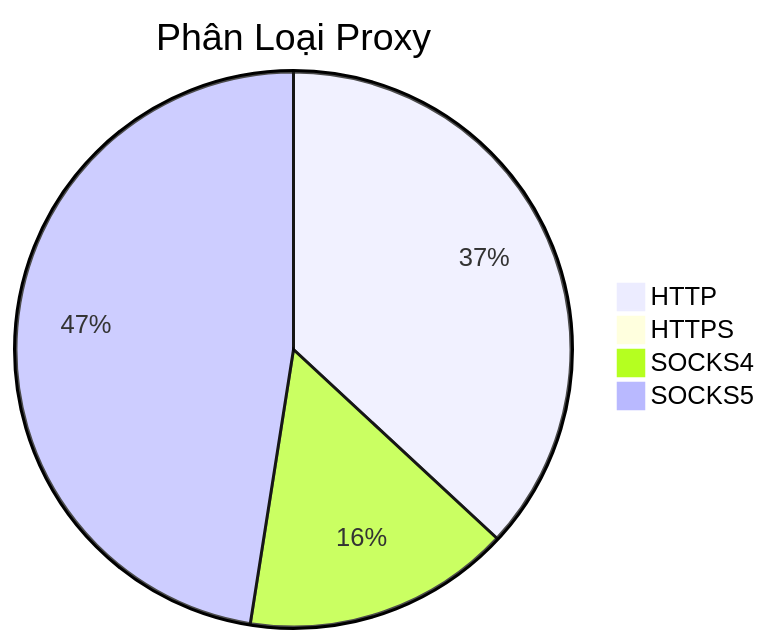
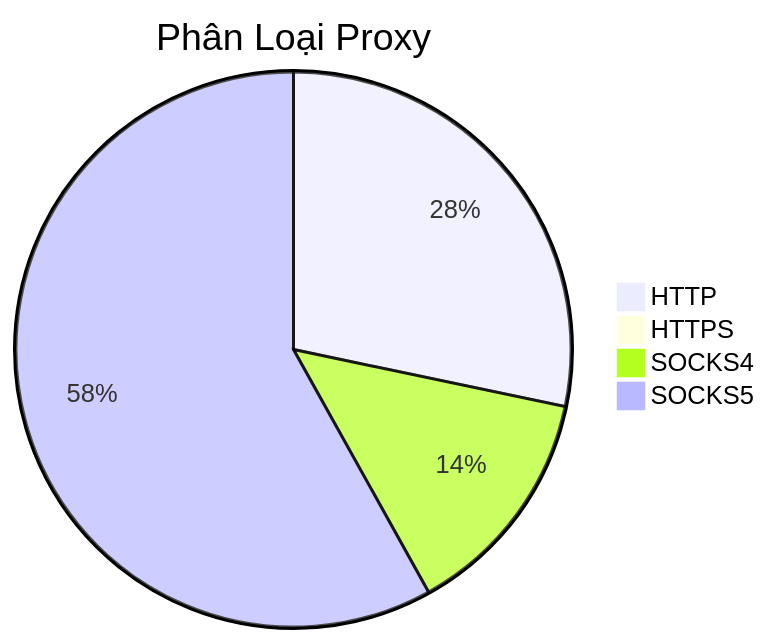
The diagram in README.md (Ciara-12/PROXY-free), drawn with Mermaid before and after one commit. The commit also changed other lines of this file and 4 other files, not shown here.

````diff
--- a/README.md
+++ b/README.md
@@ -26,7 +26,7 @@
 ```mermaid
 pie title Phân Loại Proxy
-    "HTTP" : 964
-    "HTTPS" : 1
-    "SOCKS4" : 407
-    "SOCKS5" : 1241
+    "HTTP" : 796
+    "HTTPS" : 2
+    "SOCKS4" : 383
+    "SOCKS5" : 1634
 ```
````
